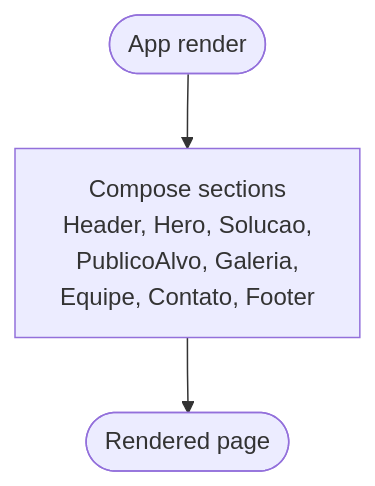
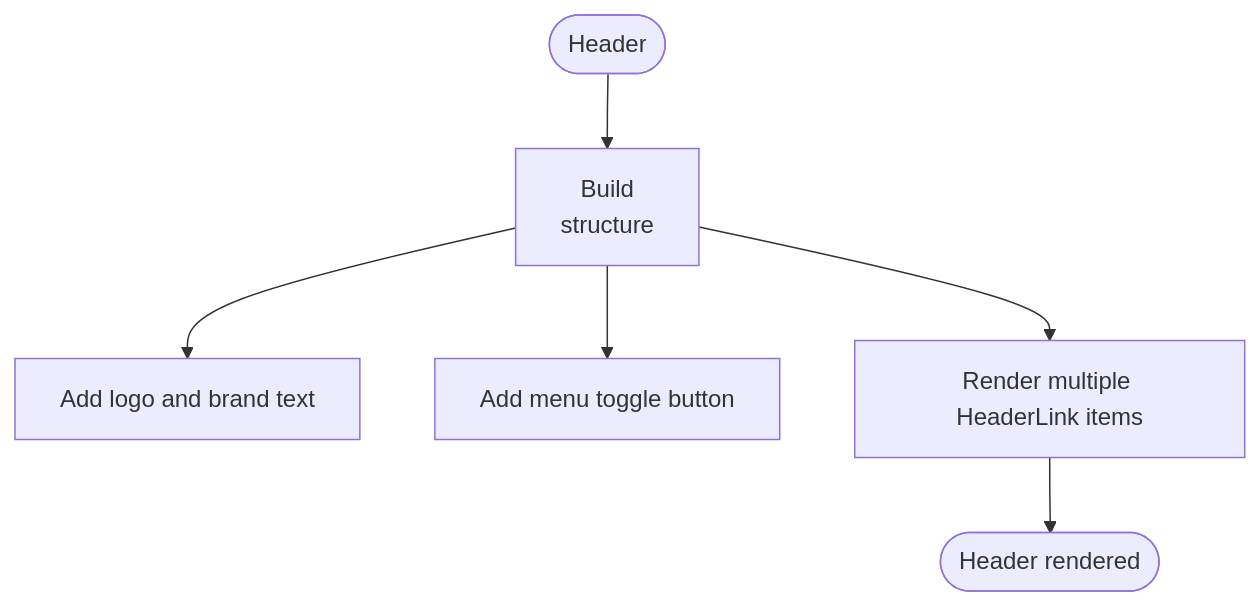
The fourth of 12 diagrams in .qoder/repowiki/en/content/Component Architecture/Component Architecture.md (isadorabassoasseiro-boop/OptiCode), drawn with Mermaid before and after one commit. The commit also changed other lines of this file and 35 other files, not shown here.

````diff
--- a/.qoder/repowiki/en/content/Component Architecture/Component Architecture.md
+++ b/.qoder/repowiki/en/content/Component Architecture/Component Architecture.md
@@ -157,5 +196,8 @@
 ```mermaid
 flowchart TD
-Start(["App render"]) --> Compose["Compose sections<br/>Header, Hero, Solucao,<br/>PublicoAlvo, Galeria,<br/>Equipe, Contato, Footer"]
-Compose --> End(["Rendered page"])
+Start(["Header"]) --> BuildNav["Build <nav> structure"]
+BuildNav --> AddLogo["Add logo and brand text"]
+BuildNav --> AddMenuButton["Add menu toggle button"]
+BuildNav --> AddLinks["Render multiple HeaderLink items"]
+AddLinks --> End(["Header rendered"])
 ```
````
